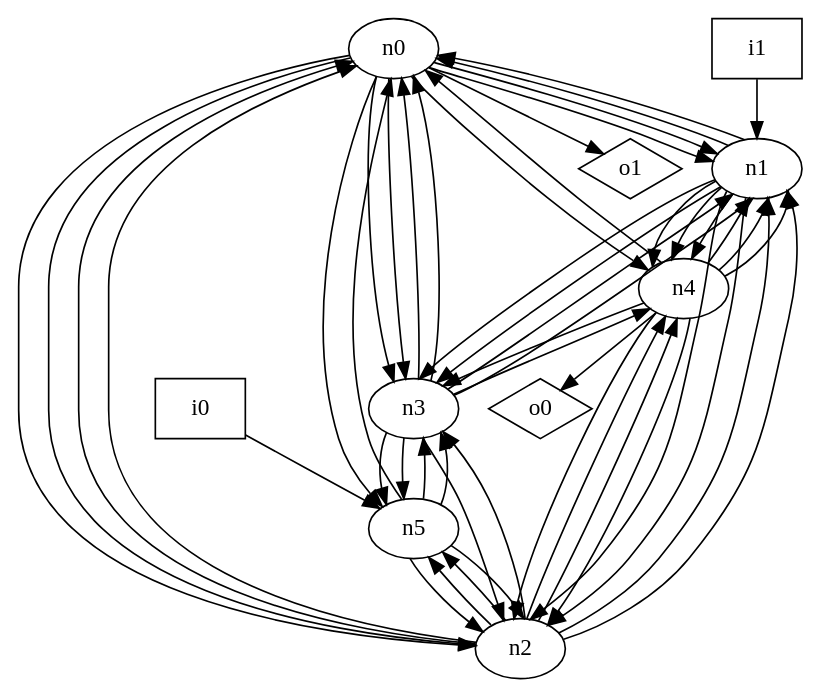
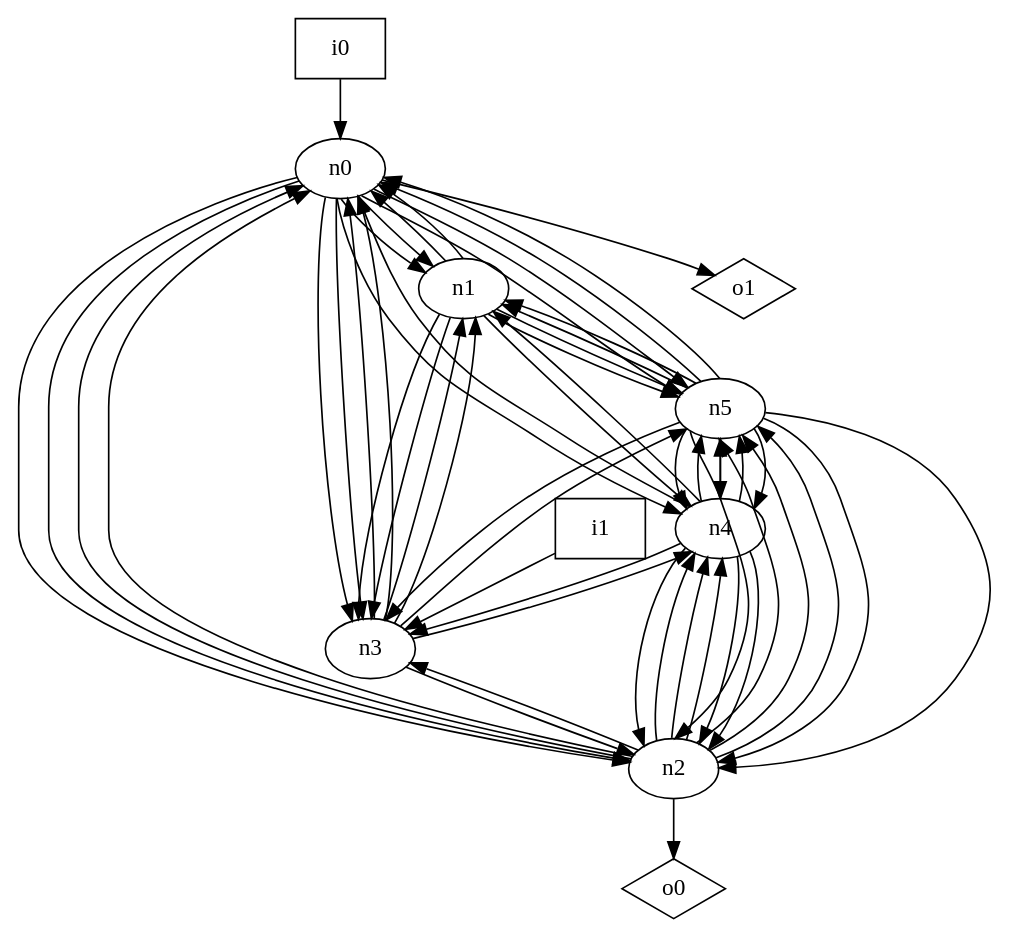
The diagram in dot_files/random/random_undirected_loop_free_graph.dot (p9romain/bool-circuits), drawn with Graphviz before and after one commit. The commit also changed 87 other files, not shown here.

```diff
--- a/dot_files/random/random_undirected_loop_free_graph.dot
+++ b/dot_files/random/random_undirected_loop_free_graph.dot
@@ -1,62 +1,68 @@
 digraph G {
 n0 [label="n0"];
 n1 [label="n1"];
 n2 [label="n2"];
 n3 [label="n3"];
 n4 [label="n4"];
 n5 [label="n5"];
 n6 [label="i0",shape="box"];
 n7 [label="i1",shape="box"];
 n8 [label="o0",shape="diamond"];
 n9 [label="o1",shape="diamond"];
 n0 -> n1
 n0 -> n1
 n0 -> n2
 n0 -> n2
 n0 -> n3
 n0 -> n3
 n0 -> n4
 n0 -> n5
+n0 -> n5
 n0 -> n9
 n1 -> n0
 n1 -> n0
-n1 -> n2
-n1 -> n2
 n1 -> n3
 n1 -> n3
 n1 -> n4
-n1 -> n4
-n1 -> n4
+n1 -> n5
+n1 -> n5
 n2 -> n0
 n2 -> n0
-n2 -> n1
-n2 -> n1
 n2 -> n3
+n2 -> n4
 n2 -> n4
 n2 -> n4
 n2 -> n5
 n2 -> n5
+n2 -> n5
+n2 -> n8
 n3 -> n0
 n3 -> n0
 n3 -> n1
 n3 -> n1
 n3 -> n2
 n3 -> n4
 n3 -> n5
-n3 -> n5
 n4 -> n0
-n4 -> n1
-n4 -> n1
 n4 -> n1
 n4 -> n2
 n4 -> n2
+n4 -> n2
 n4 -> n3
-n4 -> n8
+n4 -> n5
+n4 -> n5
+n4 -> n5
 n5 -> n0
+n5 -> n0
+n5 -> n1
+n5 -> n1
+n5 -> n2
 n5 -> n2
 n5 -> n2
 n5 -> n3
-n5 -> n3
-n6 -> n5
-n7 -> n1
+n5 -> n4
+n5 -> n4
+n5 -> n4
+n6 -> n0
+n7 -> n3
 }
```
